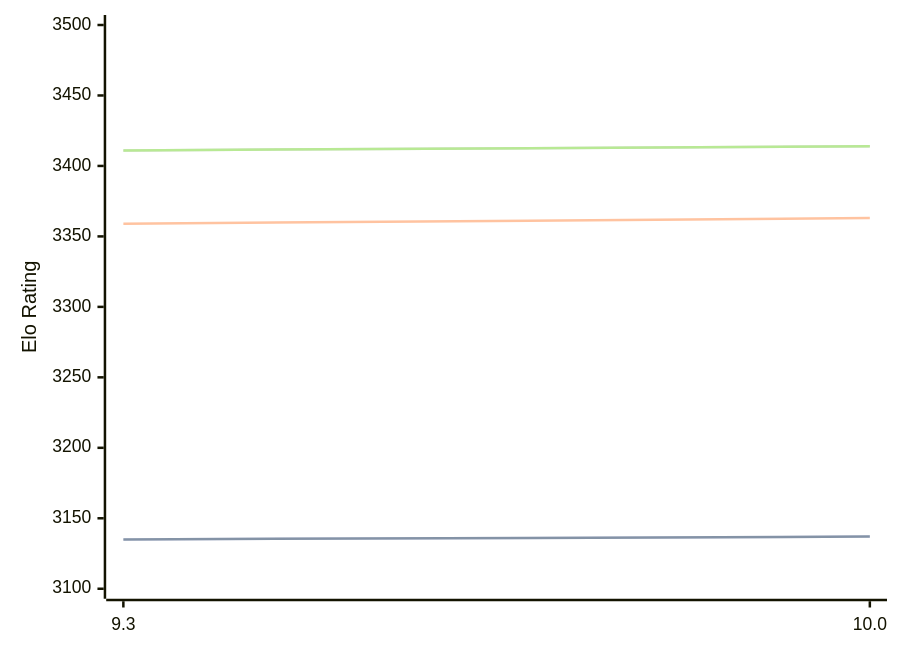
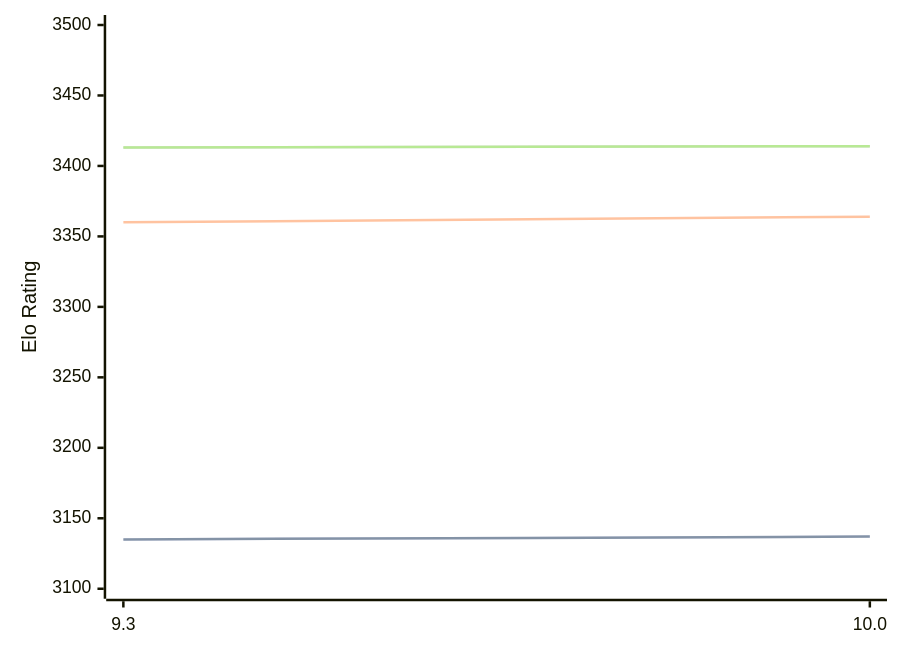
Before and after one commit to computer-chess-index/cci: the third of 3 diagrams in engines/Fire.md, drawn with Mermaid. The commit also changed other lines of this file, not shown here.

Commit message:
Update CCI Ratings (ELO VLTC) - 2026-06-24

````diff
--- a/engines/Fire.md
+++ b/engines/Fire.md
@@ -80,11 +80,11 @@
 ```mermaid
 %%{init: {"theme":"base","themeVariables":{"seriesColors:['#a3a3a3','#222221','#faa371']}}}%%
 xychart-beta
   x-axis ["9.3", "10.0"]
   y-axis "Elo Rating" 3100 --> 3500
   line "STC (8.0+0.08s)" [3135, 3137]
   line "STC (8.0+0.08s)" [3135, 3137]
-  line "LTC (60.0+0.60s)" [3359, 3363]
-  line "VLTC (2m24s+1.12s)" [3411, 3414]
-  line "VLTC (2m24s+1.12s)" [3411, 3414]
+  line "LTC (60.0+0.60s)" [3360, 3364]
+  line "VLTC (2m24s+1.12s)" [3413, 3414]
+  line "VLTC (2m24s+1.12s)" [3413, 3414]
 ```
````
